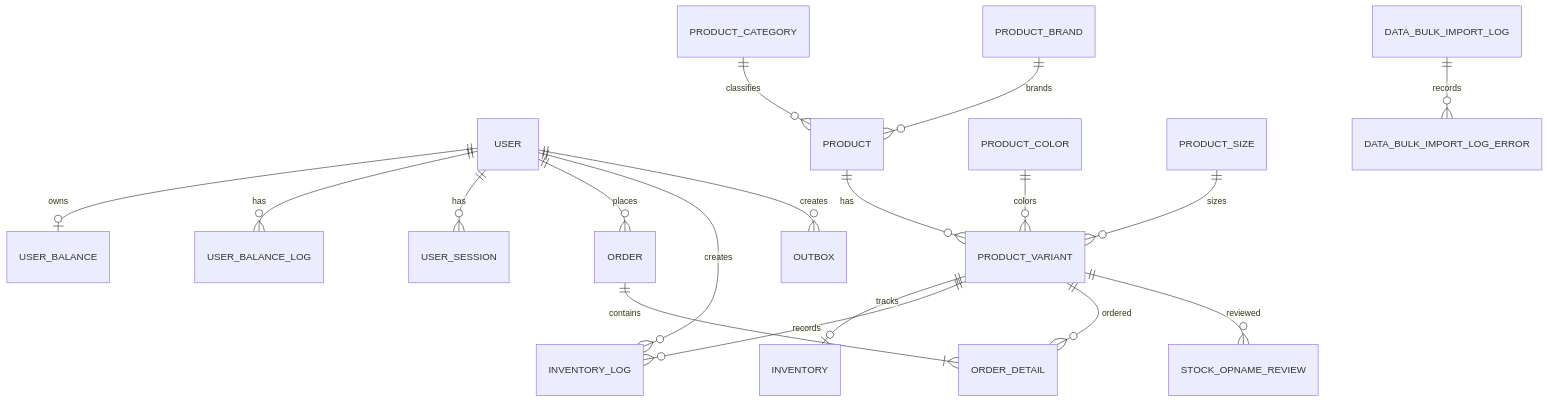
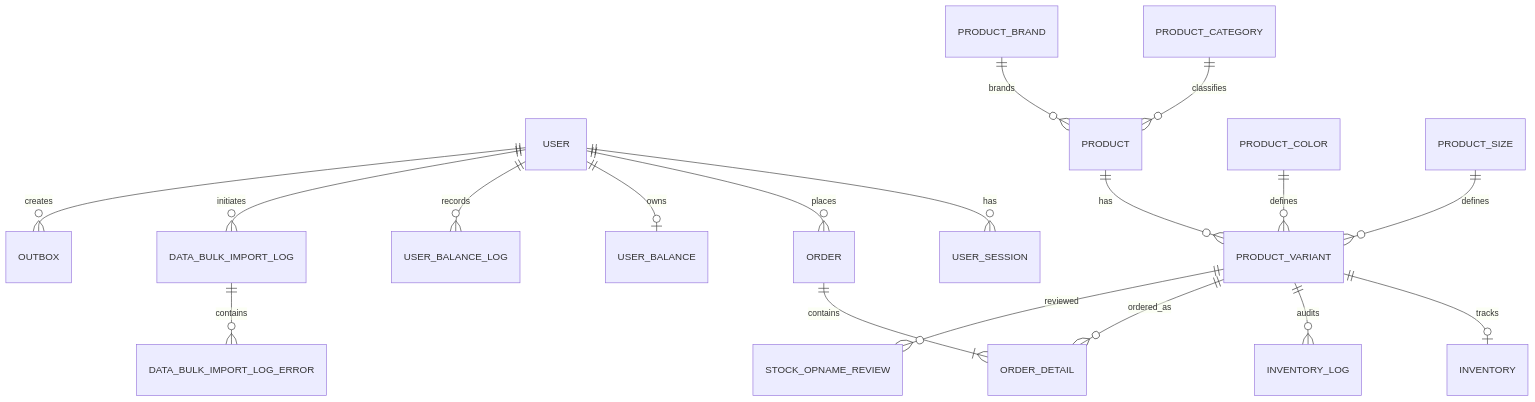
Before and after one commit to MarioSandy/inventory-management-springboot: the fourth of 4 diagrams in README.md, drawn with Mermaid. The commit also changed other lines of this file, not shown here.

Commit message:
docs: refocus README on project architecture and business flows

```diff
--- a/README.md
+++ b/README.md
@@ -77,20 +129,20 @@
 ~~~mermaid
 erDiagram
-    USER ||--o| USER_BALANCE : owns
-    USER ||--o{ USER_BALANCE_LOG : has
     USER ||--o{ USER_SESSION : has
     USER ||--o{ ORDER : places
-    USER ||--o{ INVENTORY_LOG : creates
-    USER ||--o{ OUTBOX : creates
+    USER ||--o| USER_BALANCE : owns
+    USER ||--o{ USER_BALANCE_LOG : records
+    USER ||--o{ DATA_BULK_IMPORT_LOG : initiates
     PRODUCT_CATEGORY ||--o{ PRODUCT : classifies
     PRODUCT_BRAND ||--o{ PRODUCT : brands
     PRODUCT ||--o{ PRODUCT_VARIANT : has
-    PRODUCT_COLOR ||--o{ PRODUCT_VARIANT : colors
-    PRODUCT_SIZE ||--o{ PRODUCT_VARIANT : sizes
+    PRODUCT_COLOR ||--o{ PRODUCT_VARIANT : defines
+    PRODUCT_SIZE ||--o{ PRODUCT_VARIANT : defines
     PRODUCT_VARIANT ||--o| INVENTORY : tracks
-    PRODUCT_VARIANT ||--o{ INVENTORY_LOG : records
-    PRODUCT_VARIANT ||--o{ ORDER_DETAIL : ordered
+    PRODUCT_VARIANT ||--o{ INVENTORY_LOG : audits
+    ORDER ||--|{ ORDER_DETAIL : contains
+    PRODUCT_VARIANT ||--o{ ORDER_DETAIL : ordered_as
     PRODUCT_VARIANT ||--o{ STOCK_OPNAME_REVIEW : reviewed
-    ORDER ||--|{ ORDER_DETAIL : contains
-    DATA_BULK_IMPORT_LOG ||--o{ DATA_BULK_IMPORT_LOG_ERROR : records
+    DATA_BULK_IMPORT_LOG ||--o{ DATA_BULK_IMPORT_LOG_ERROR : contains
+    USER ||--o{ OUTBOX : creates
 ~~~
```
